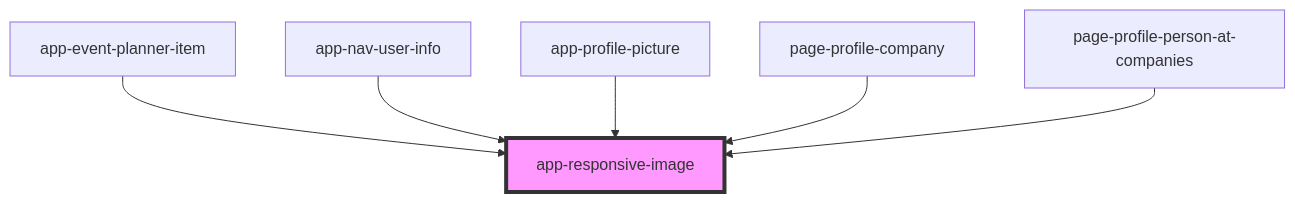
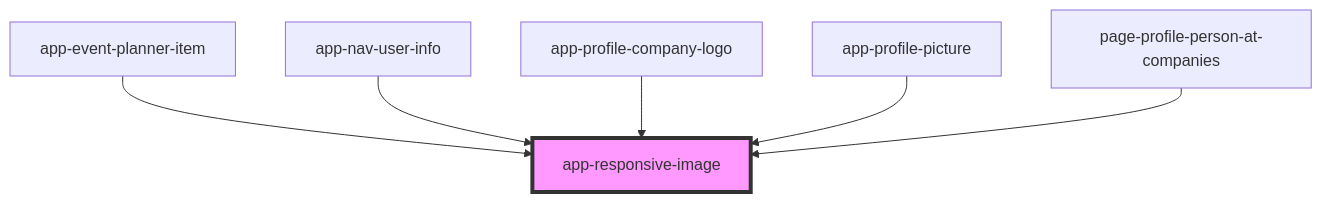
Before and after one commit to lokheed/IconEventNetwork.Web: the diagram in iconeventnetwork-web/src/components/app-responsive-image/readme.md, drawn with Mermaid. The commit also changed other lines of this file and 12 other files, not shown here.

Commit message:
US539 T696 company logo first pass

````diff
--- a/iconeventnetwork-web/src/components/app-responsive-image/readme.md
+++ b/iconeventnetwork-web/src/components/app-responsive-image/readme.md
@@ -29,9 +29,9 @@
 ```mermaid
 graph TD;
   app-event-planner-item --> app-responsive-image
   app-nav-user-info --> app-responsive-image
+  app-profile-company-logo --> app-responsive-image
   app-profile-picture --> app-responsive-image
-  page-profile-company --> app-responsive-image
   page-profile-person-at-companies --> app-responsive-image
   style app-responsive-image fill:#f9f,stroke:#333,stroke-width:4px
 ```
````
